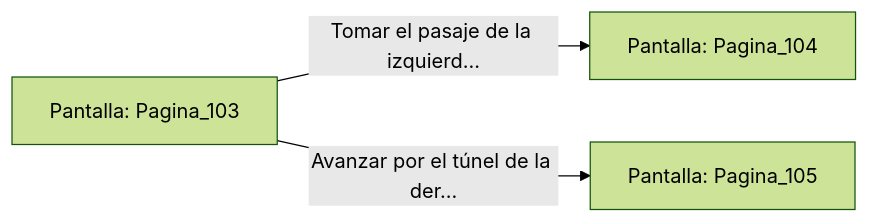
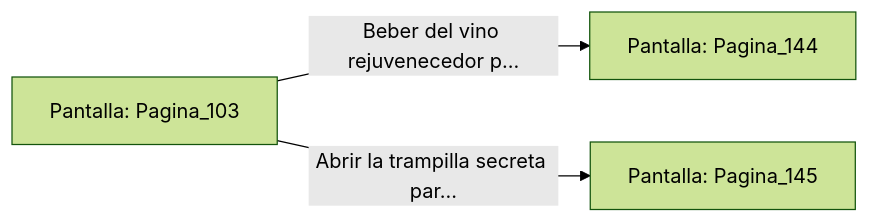
One commit to metsuke/mpl changed the diagram in sample/eligejuego-vault/Pantalla_Pagina_103.md. Above: the diagram before and after it, drawn with Mermaid (forest theme). The commit also changed other lines of this file and 635 other files, not shown here.

First line of the commit message:
fix: añadir Pagina_1 como pantalla inicial en capitulo_01.mpl

````diff
--- a/sample/eligejuego-vault/Pantalla_Pagina_103.md
+++ b/sample/eligejuego-vault/Pantalla_Pagina_103.md
@@ -20,6 +24,6 @@
 ```mermaid
 graph LR
     P_Pagina_103["Pantalla: Pagina_103"]
-    P_Pagina_103 -->|"Tomar el pasaje de la izquierd..."| P_Pagina_104["Pantalla: Pagina_104"]
-    P_Pagina_103 -->|"Avanzar por el túnel de la der..."| P_Pagina_105["Pantalla: Pagina_105"]
+    P_Pagina_103 -->|"Beber del vino rejuvenecedor p..."| P_Pagina_144["Pantalla: Pagina_144"]
+    P_Pagina_103 -->|"Abrir la trampilla secreta par..."| P_Pagina_145["Pantalla: Pagina_145"]
 ```
````
